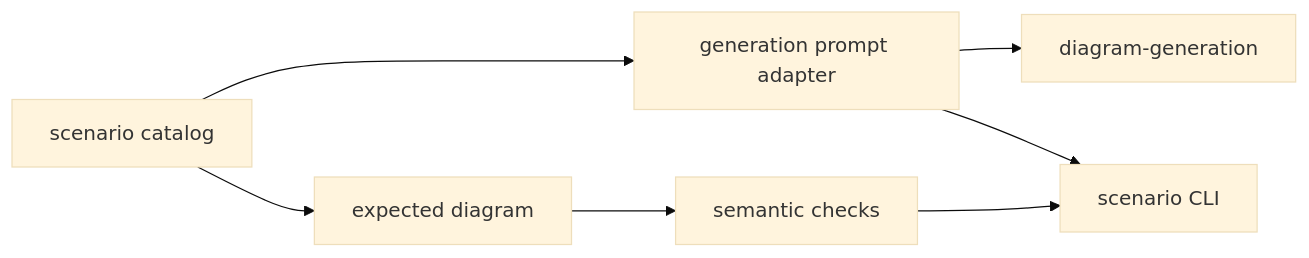
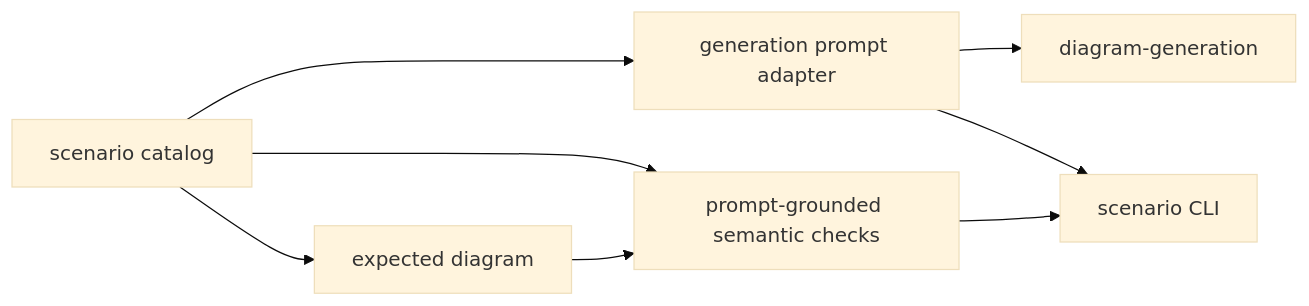
One commit to shpitdev/sketchi changed the diagram in packages/diagram/scenarios/README.md. Above: the diagram before and after it, drawn with Mermaid (base theme). The commit also changed other lines of this file and 7 other files, not shown here.

First line of the commit message:
feat(scenarios): ground flowchart checks in prompt wording (#385)

````diff
--- a/packages/diagram/scenarios/README.md
+++ b/packages/diagram/scenarios/README.md
@@ -5,9 +5,10 @@
 ```mermaid
 flowchart LR
   Catalog["scenario catalog"] --> Adapter["generation prompt adapter"]
   Adapter --> Generation["diagram-generation"]
   Catalog --> Expected["expected diagram"]
-  Expected --> Checks["semantic checks"]
+  Catalog --> Checks["prompt-grounded semantic checks"]
+  Expected --> Checks
   Adapter --> CLI["scenario CLI"]
   Checks --> CLI
 ```
````
